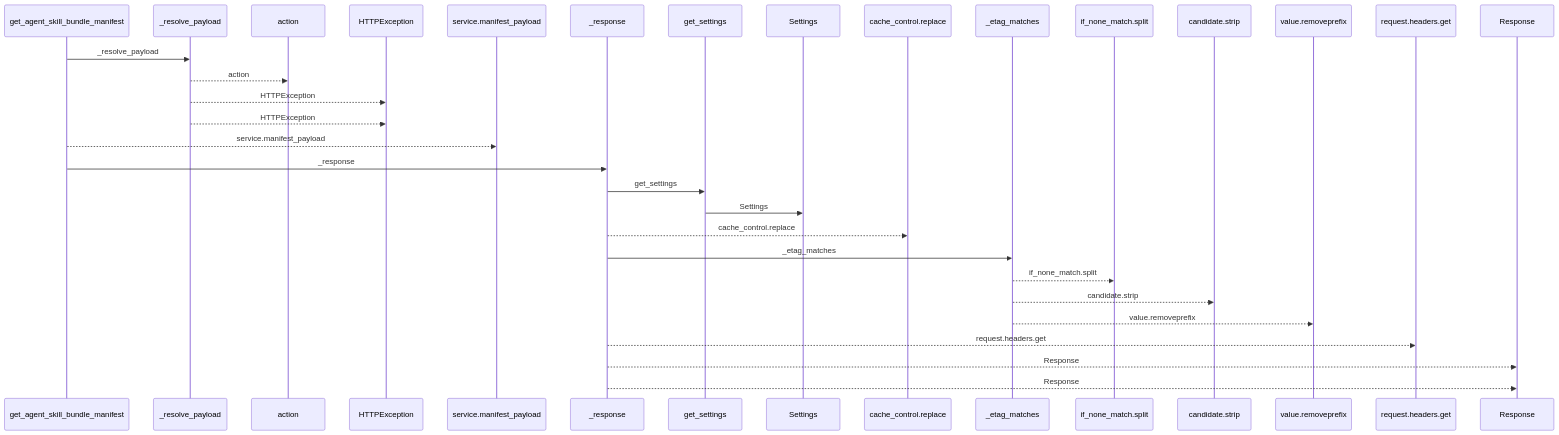
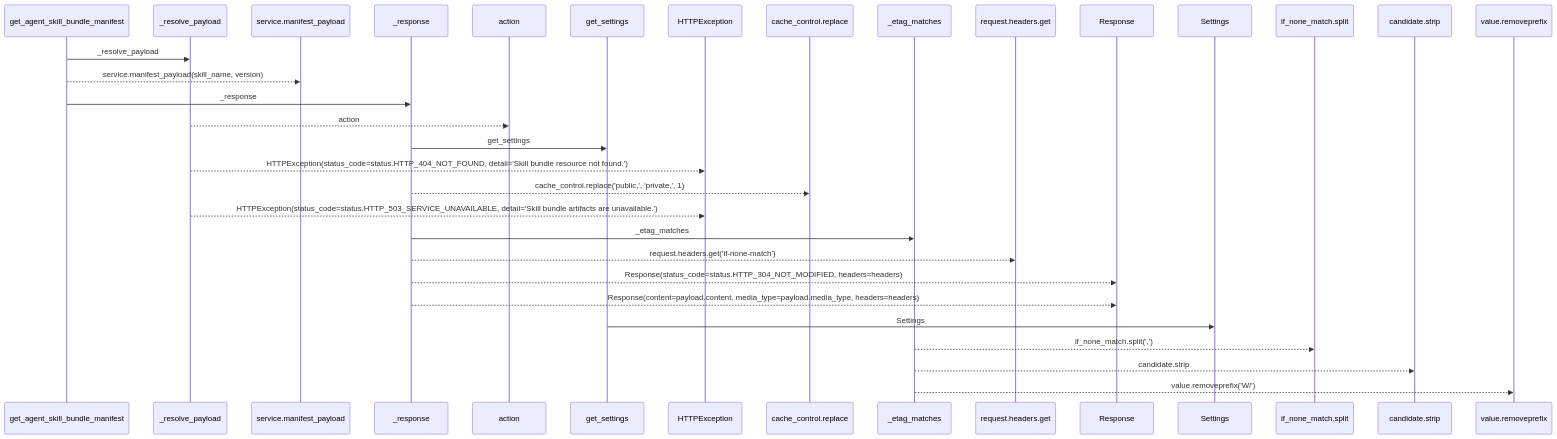
The first of 2 diagrams in docs/llm_wiki/flows/http-get_agent_skill_bundle_manifest.md (Denissvgn/WorkChord), drawn with Mermaid before and after one commit. The commit also changed other lines of this file and 25171 other files, not shown here.

````diff
--- a/docs/llm_wiki/flows/http-get_agent_skill_bundle_manifest.md
+++ b/docs/llm_wiki/flows/http-get_agent_skill_bundle_manifest.md
@@ -10,34 +12,34 @@
 ```mermaid
 sequenceDiagram
     participant p0 as get_agent_skill_bundle_manifest
     participant p1 as _resolve_payload
-    participant p2 as action
-    participant p3 as HTTPException
-    participant p4 as service.manifest_payload
-    participant p5 as _response
-    participant p6 as get_settings
-    participant p7 as Settings
-    participant p8 as cache_control.replace
-    participant p9 as _etag_matches
-    participant p10 as if_none_match.split
-    participant p11 as candidate.strip
-    participant p12 as value.removeprefix
-    participant p13 as request.headers.get
-    participant p14 as Response
+    participant p2 as service.manifest_payload
+    participant p3 as _response
+    participant p4 as action
+    participant p5 as get_settings
+    participant p6 as HTTPException
+    participant p7 as cache_control.replace
+    participant p8 as _etag_matches
+    participant p9 as request.headers.get
+    participant p10 as Response
+    participant p11 as Settings
+    participant p12 as if_none_match.split
+    participant p13 as candidate.strip
+    participant p14 as value.removeprefix
     p0->>p1: _resolve_payload
-    p1-->>p2: action
-    p1-->>p3: HTTPException
-    p1-->>p3: HTTPException
-    p0-->>p4: service.manifest_payload
-    p0->>p5: _response
-    p5->>p6: get_settings
-    p6->>p7: Settings
-    p5-->>p8: cache_control.replace
-    p5->>p9: _etag_matches
-    p9-->>p10: if_none_match.split
-    p9-->>p11: candidate.strip
-    p9-->>p12: value.removeprefix
-    p5-->>p13: request.headers.get
-    p5-->>p14: Response
-    p5-->>p14: Response
+    p0-->>p2: service.manifest_payload(skill_name, version)
+    p0->>p3: _response
+    p1-->>p4: action
+    p3->>p5: get_settings
+    p1-->>p6: HTTPException(status_code=status.HTTP_404_NOT_FOUND, detail='Skill bundle resource not found.')
+    p3-->>p7: cache_control.replace('public,', 'private,', 1)
+    p1-->>p6: HTTPException(status_code=status.HTTP_503_SERVICE_UNAVAILABLE, detail='Skill bundle artifacts are unavailable.')
+    p3->>p8: _etag_matches
+    p3-->>p9: request.headers.get('if-none-match')
+    p3-->>p10: Response(status_code=status.HTTP_304_NOT_MODIFIED, headers=headers)
+    p3-->>p10: Response(content=payload.content, media_type=payload.media_type, headers=headers)
+    p5->>p11: Settings
+    p8-->>p12: if_none_match.split(',')
+    p8-->>p13: candidate.strip
+    p8-->>p14: value.removeprefix('W/')
 ```
````
